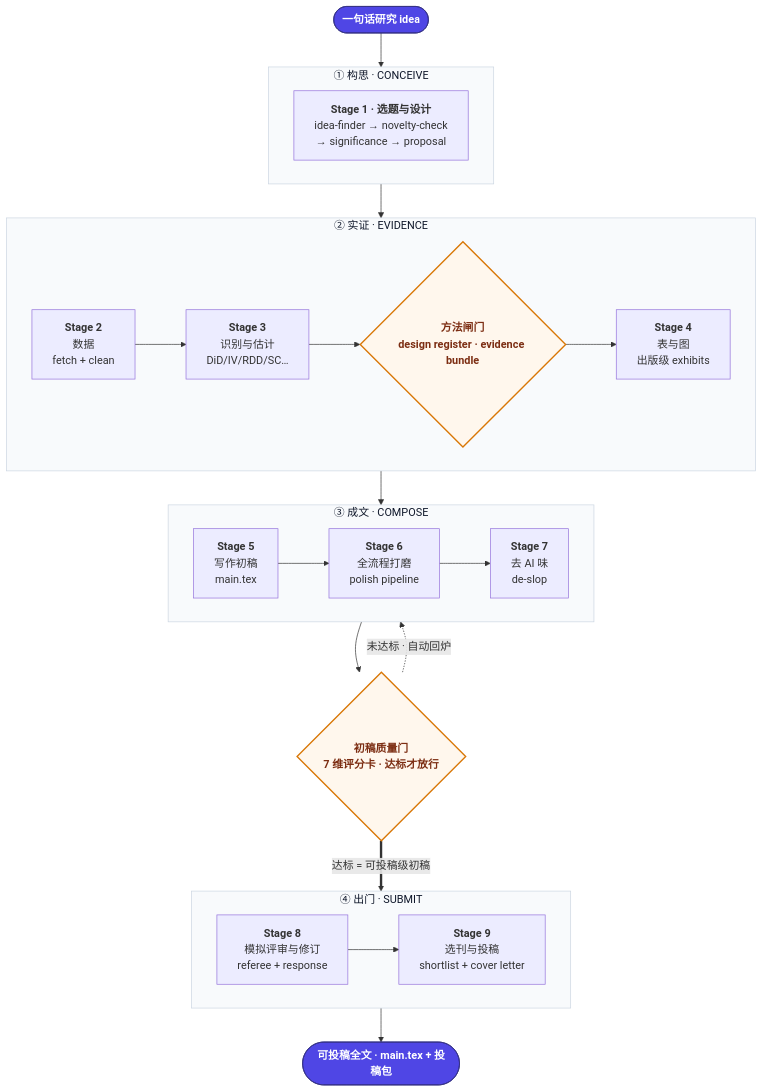
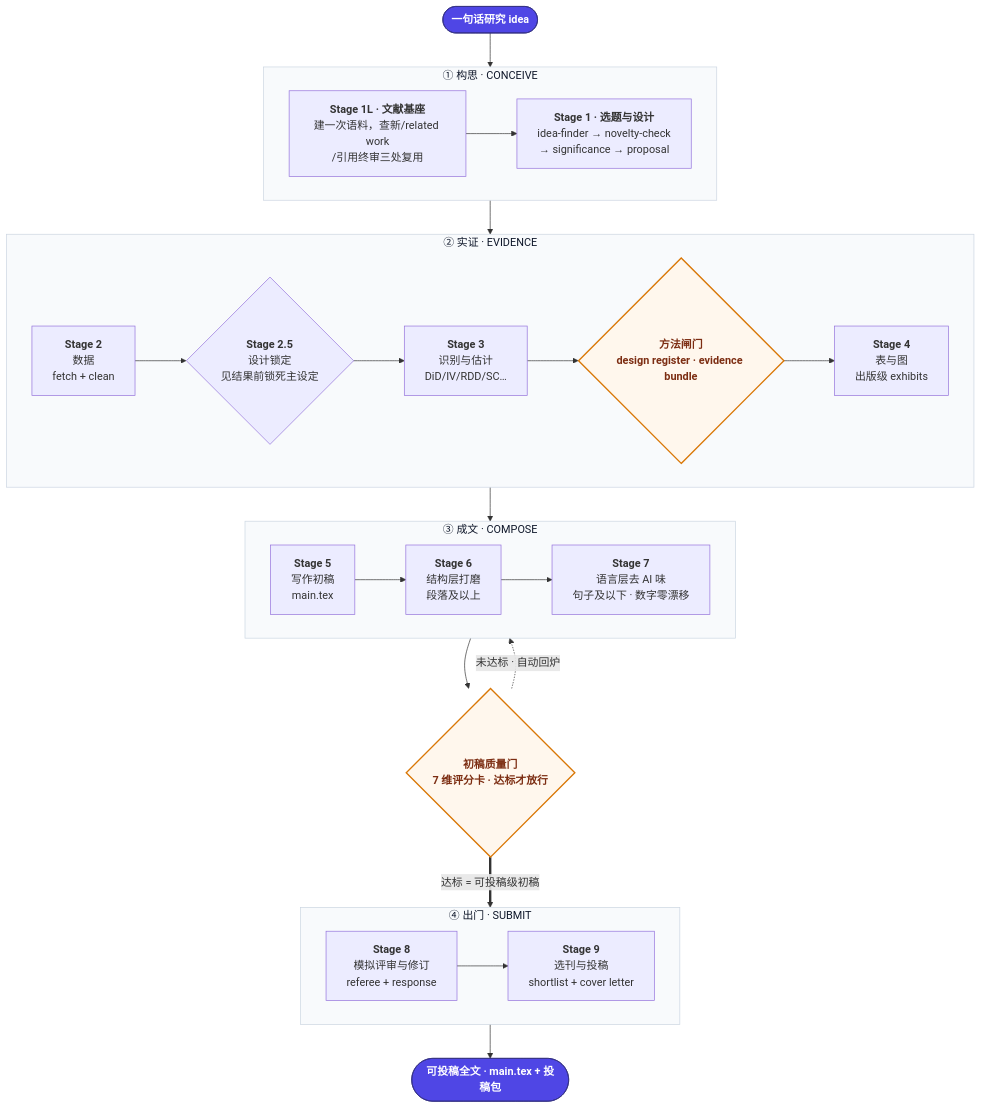
The diagram in README.md (brycewang-stanford/Paper-WorkFlow), drawn with Mermaid before and after one commit. The commit also changed other lines of this file and 27 other files, not shown here.

First line of the commit message:
feat(flow): close eight ordering holes — Stage 1L/2.5, number gate, preconditions, scope

````diff
--- a/README.md
+++ b/README.md
@@ -65,39 +65,41 @@
 ```mermaid
 flowchart TD
     IDEA(["一句话研究 idea"]):::io
     IDEA --> A
 
     subgraph A ["① 构思 · CONCEIVE"]
       direction LR
       S1["<b>Stage 1 · 选题与设计</b><br/>idea-finder → novelty-check<br/>→ significance → proposal"]
+      S1L["<b>Stage 1L · 文献基座</b><br/>建一次语料，查新/related work<br/>/引用终审三处复用"]
+      S1L --> S1
     end
 
     subgraph B ["② 实证 · EVIDENCE"]
       direction LR
-      S2["<b>Stage 2</b><br/>数据<br/>fetch + clean"] --> S3["<b>Stage 3</b><br/>识别与估计<br/>DiD/IV/RDD/SC…"] --> MG{"方法闸门<br/>design register · evidence bundle"} --> S4["<b>Stage 4</b><br/>表与图<br/>出版级 exhibits"]
+      S2["<b>Stage 2</b><br/>数据<br/>fetch + clean"] --> S25{"<b>Stage 2.5</b><br/>设计锁定<br/>见结果前锁死主设定"} --> S3["<b>Stage 3</b><br/>识别与估计<br/>DiD/IV/RDD/SC…"] --> MG{"方法闸门<br/>design register · evidence bundle"} --> S4["<b>Stage 4</b><br/>表与图<br/>出版级 exhibits"]
     end
 
     subgraph C ["③ 成文 · COMPOSE"]
       direction LR
-      S5["<b>Stage 5</b><br/>写作初稿<br/>main.tex"] --> S6["<b>Stage 6</b><br/>全流程打磨<br/>polish pipeline"] --> S7["<b>Stage 7</b><br/>去 AI 味<br/>de-slop"]
+      S5["<b>Stage 5</b><br/>写作初稿<br/>main.tex"] --> S6["<b>Stage 6</b><br/>结构层打磨<br/>段落及以上"] --> S7["<b>Stage 7</b><br/>语言层去 AI 味<br/>句子及以下 · 数字零漂移"]
     end
 
     subgraph D ["④ 出门 · SUBMIT"]
       direction LR
       S8["<b>Stage 8</b><br/>模拟评审与修订<br/>referee + response"] --> S9["<b>Stage 9</b><br/>选刊与投稿<br/>shortlist + cover letter"]
     end
 
     A --> B --> C
     C --> QG{"初稿质量门<br/>7 维评分卡 · 达标才放行"}
     QG -.->|未达标 · 自动回炉| C
     QG ==>|达标 = 可投稿级初稿| D
     D --> PAPER(["可投稿全文 · main.tex + 投稿包"]):::io
 
     classDef io fill:#4F46E5,stroke:#312E81,color:#fff,font-weight:bold;
     classDef gate fill:#FFF7ED,stroke:#D97706,color:#7C2D12,font-weight:bold,stroke-width:2px;
     class MG,QG gate;
     style A fill:#F8FAFC,stroke:#CBD5E1,color:#0F172A
     style B fill:#F8FAFC,stroke:#CBD5E1,color:#0F172A
     style C fill:#F8FAFC,stroke:#CBD5E1,color:#0F172A
     style D fill:#F8FAFC,stroke:#CBD5E1,color:#0F172A
 ```
````
